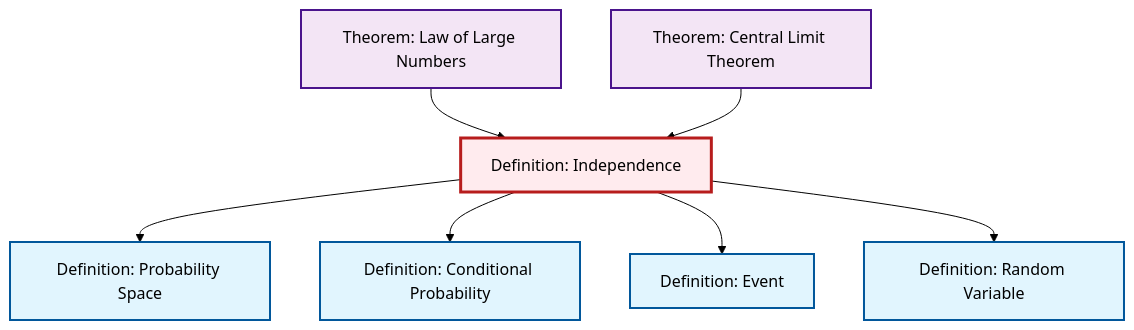
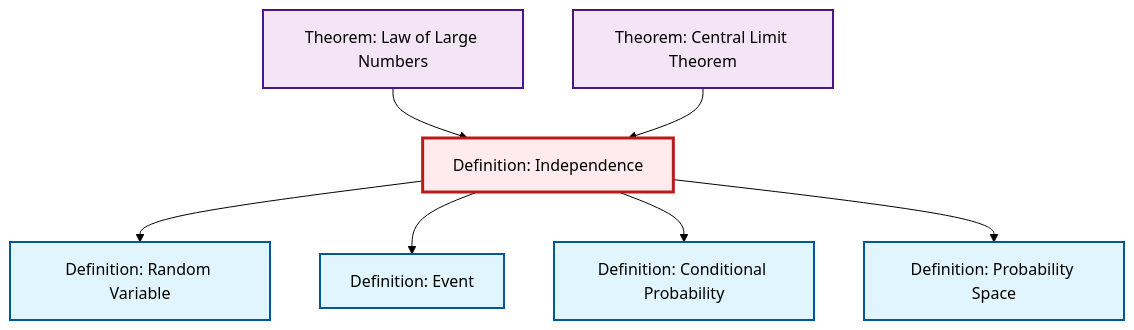
One commit to RK0429/ModernMath changed the diagram in content/ja/probability-statistics/def-independence.qmd. Above: the diagram before and after it, drawn with Mermaid (forest theme). The commit also changed other lines of this file and 597 other files, not shown here.

````diff
--- a/content/ja/probability-statistics/def-independence.qmd
+++ b/content/ja/probability-statistics/def-independence.qmd
@@ -114,29 +114,29 @@
 ```{mermaid}
 %%| fig-cap: "Local dependency graph"
 graph TD
     classDef definition fill:#e1f5fe,stroke:#01579b,stroke-width:2px
     classDef theorem fill:#f3e5f5,stroke:#4a148c,stroke-width:2px
     classDef axiom fill:#fff3e0,stroke:#e65100,stroke-width:2px
     classDef example fill:#e8f5e9,stroke:#1b5e20,stroke-width:2px
     classDef current fill:#ffebee,stroke:#b71c1c,stroke-width:3px
     def-probability-space["Definition: Probability Space"]:::definition
+    thm-law-of-large-numbers["Theorem: Law of Large Numbers"]:::theorem
+    def-conditional-probability["Definition: Conditional Probability"]:::definition
+    def-random-variable["Definition: Random Variable"]:::definition
     def-independence["Definition: Independence"]:::definition
+    def-event["Definition: Event"]:::definition
     thm-central-limit["Theorem: Central Limit Theorem"]:::theorem
-    def-event["Definition: Event"]:::definition
-    thm-law-of-large-numbers["Theorem: Law of Large Numbers"]:::theorem
-    def-random-variable["Definition: Random Variable"]:::definition
-    def-conditional-probability["Definition: Conditional Probability"]:::definition
-    def-independence --> def-probability-space
+    def-independence --> def-random-variable
+    def-independence --> def-event
     def-independence --> def-conditional-probability
     thm-law-of-large-numbers --> def-independence
-    def-independence --> def-event
-    def-independence --> def-random-variable
     thm-central-limit --> def-independence
+    def-independence --> def-probability-space
     class def-independence current
     click def-probability-space "def-probability-space.html" "Definition: Probability Spaceへ"
+    click thm-law-of-large-numbers "thm-law-of-large-numbers.html" "Theorem: Law of Large Numbersへ"
+    click def-conditional-probability "def-conditional-probability.html" "Definition: Conditional Probabilityへ"
+    click def-random-variable "def-random-variable.html" "Definition: Random Variableへ"
+    click def-event "def-event.html" "Definition: Eventへ"
     click thm-central-limit "thm-central-limit.html" "Theorem: Central Limit Theoremへ"
-    click def-event "def-event.html" "Definition: Eventへ"
-    click thm-law-of-large-numbers "thm-law-of-large-numbers.html" "Theorem: Law of Large Numbersへ"
-    click def-random-variable "def-random-variable.html" "Definition: Random Variableへ"
-    click def-conditional-probability "def-conditional-probability.html" "Definition: Conditional Probabilityへ"
 ```
````
